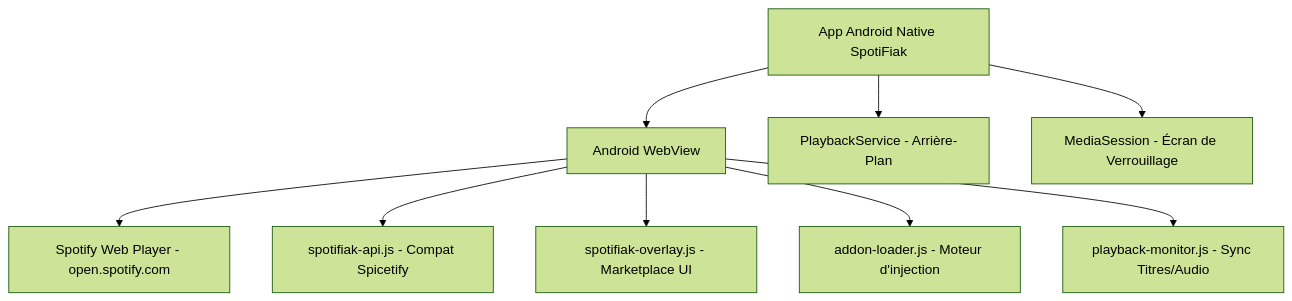
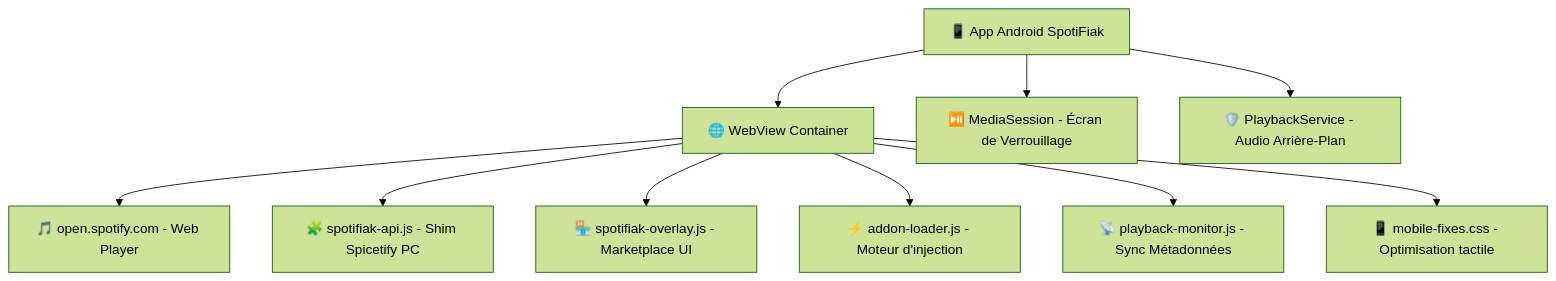
Before and after one commit to SatanMerde/SpotiFiak: the diagram in README.md, drawn with Mermaid (forest theme). The commit also changed other lines of this file and 49 other files, not shown here.

Commit message:
refactor: Clean up repository structure to standard Android layout, remove legacy web server files, add LICENSE and CONTRIBUTING

````diff
--- a/README.md
+++ b/README.md
@@ -43,11 +44,12 @@
 ```mermaid
 graph TD
-    A[App Android Native SpotiFiak] --> B[Android WebView]
-    B --> C[Spotify Web Player - open.spotify.com]
-    A --> D[PlaybackService - Arrière-Plan]
-    A --> E[MediaSession - Écran de Verrouillage]
-    B --> F[spotifiak-api.js - Compat Spicetify]
-    B --> G[spotifiak-overlay.js - Marketplace UI]
-    B --> H[addon-loader.js - Moteur d'injection]
-    B --> I[playback-monitor.js - Sync Titres/Audio]
+    A[📱 App Android SpotiFiak] --> B[🌐 WebView Container]
+    B --> C[🎵 open.spotify.com - Web Player]
+    A --> D[⏯️ MediaSession - Écran de Verrouillage]
+    A --> E[🛡️ PlaybackService - Audio Arrière-Plan]
+    B --> F[🧩 spotifiak-api.js - Shim Spicetify PC]
+    B --> G[🏪 spotifiak-overlay.js - Marketplace UI]
+    B --> H[⚡ addon-loader.js - Moteur d'injection]
+    B --> I[📡 playback-monitor.js - Sync Métadonnées]
+    B --> J[📱 mobile-fixes.css - Optimisation tactile]
 ```
````
